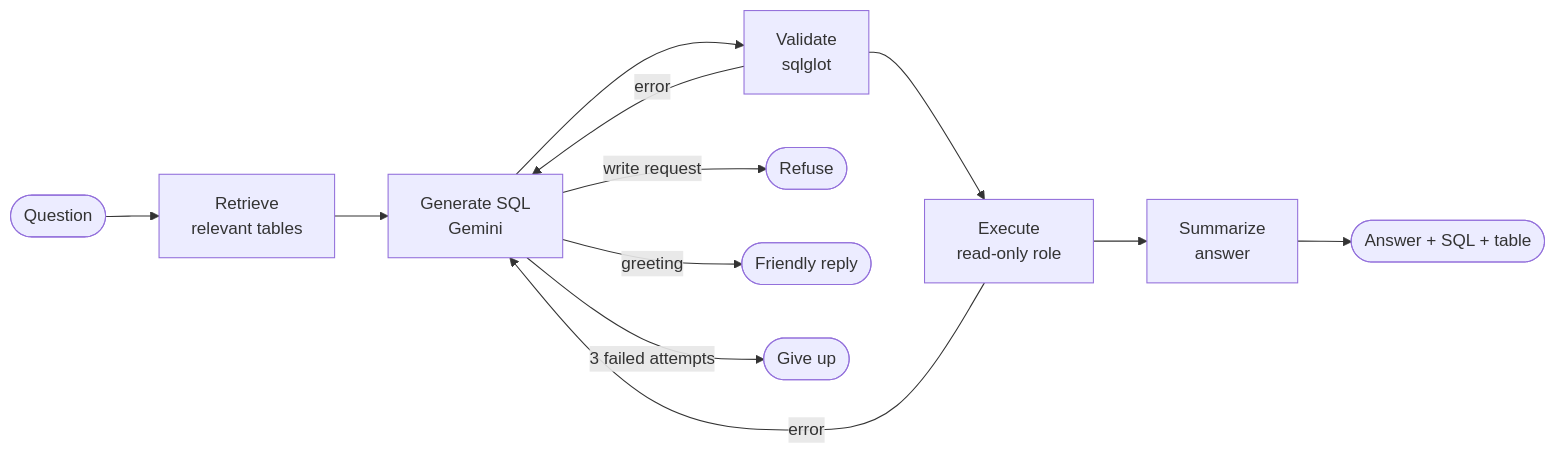
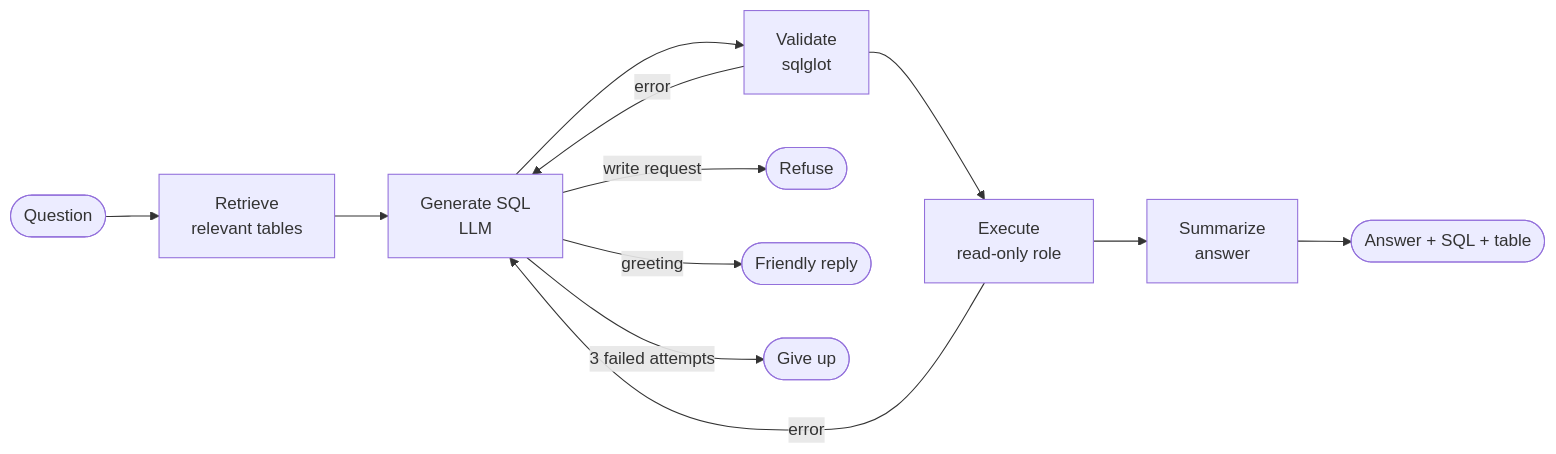
One commit to DefKd911/TourQuery changed the diagram in README.md. Above: the diagram before and after it, drawn with Mermaid. The commit also changed other lines of this file and 9 other files, not shown here.

````diff
--- a/README.md
+++ b/README.md
@@ -27,14 +46,14 @@
 ```mermaid
 flowchart LR
     Q([Question]) --> R[Retrieve<br/>relevant tables]
-    R --> G[Generate SQL<br/>Gemini]
+    R --> G[Generate SQL<br/>LLM]
     G --> V[Validate<br/>sqlglot]
     V --> E[Execute<br/>read-only role]
     E --> S[Summarize<br/>answer]
     S --> A([Answer + SQL + table])
     V -- error --> G
     E -- error --> G
     G -- write request --> X([Refuse])
     G -- greeting --> C([Friendly reply])
     G -- 3 failed attempts --> F([Give up])
 ```
````
